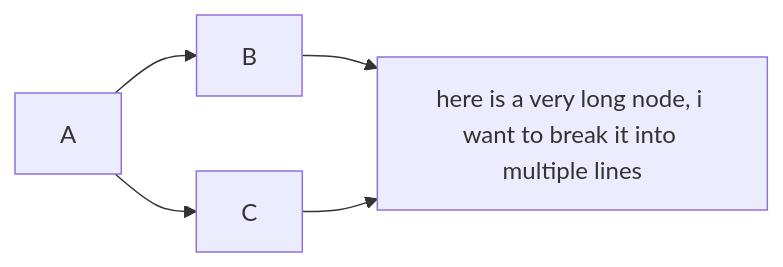
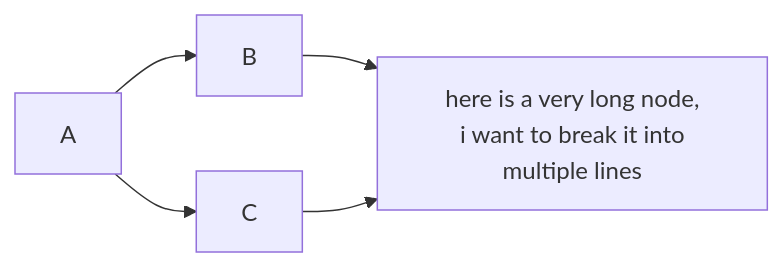
One commit to ALXS-GitHub/Markdown-Themes changed the diagram in ALXS-white/example.md. Above: the diagram before and after it, drawn with Mermaid. The commit also changed 9 other files, not shown here.

````diff
--- a/ALXS-white/example.md
+++ b/ALXS-white/example.md
@@ -194,7 +194,7 @@
 ```mermaid
 graph LR;
     A-->B;
     A-->C;
-    B-->D[here is a very long node, i want to break it into multiple lines];
+    B-->D[here is a very long node,<br> i want to break it into multiple lines];
     C-->D;
 ```
````
